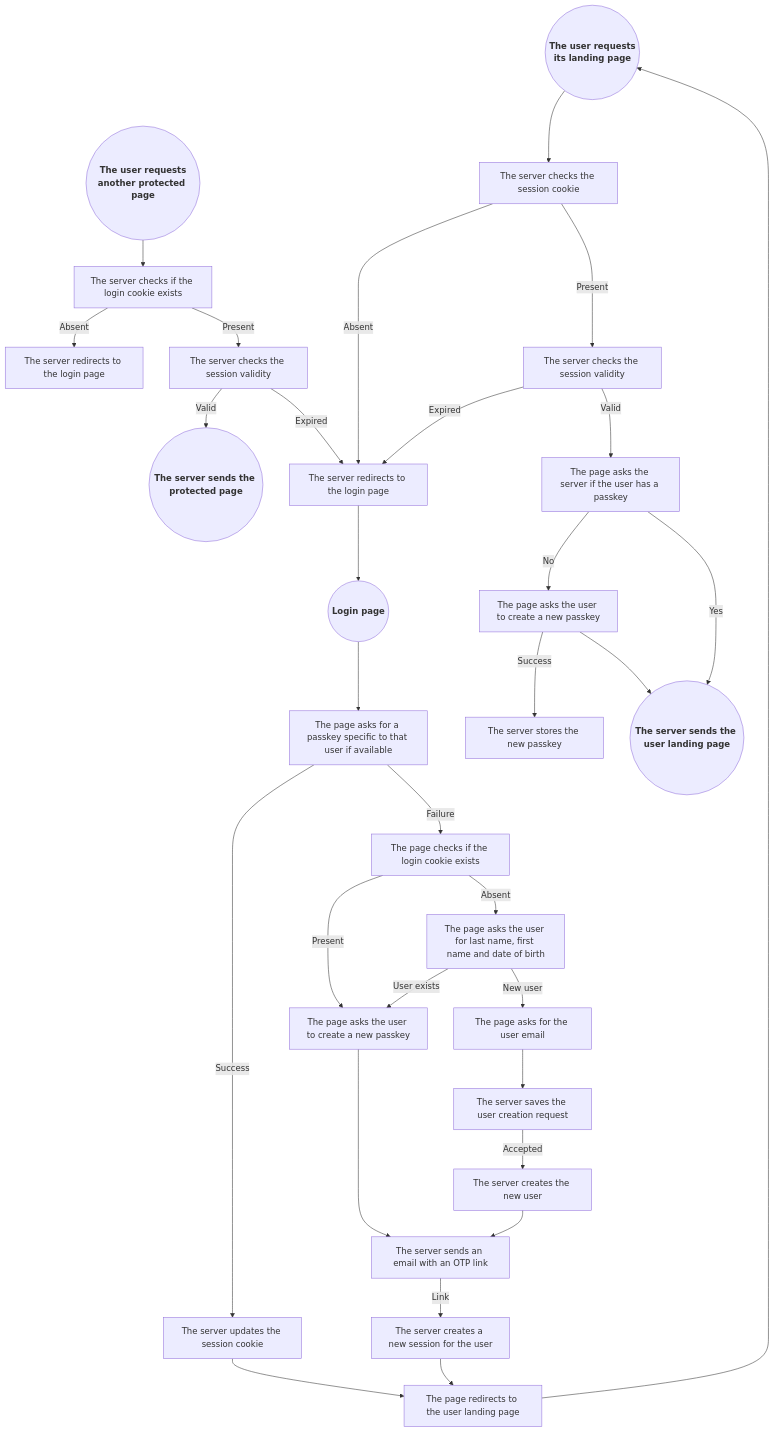
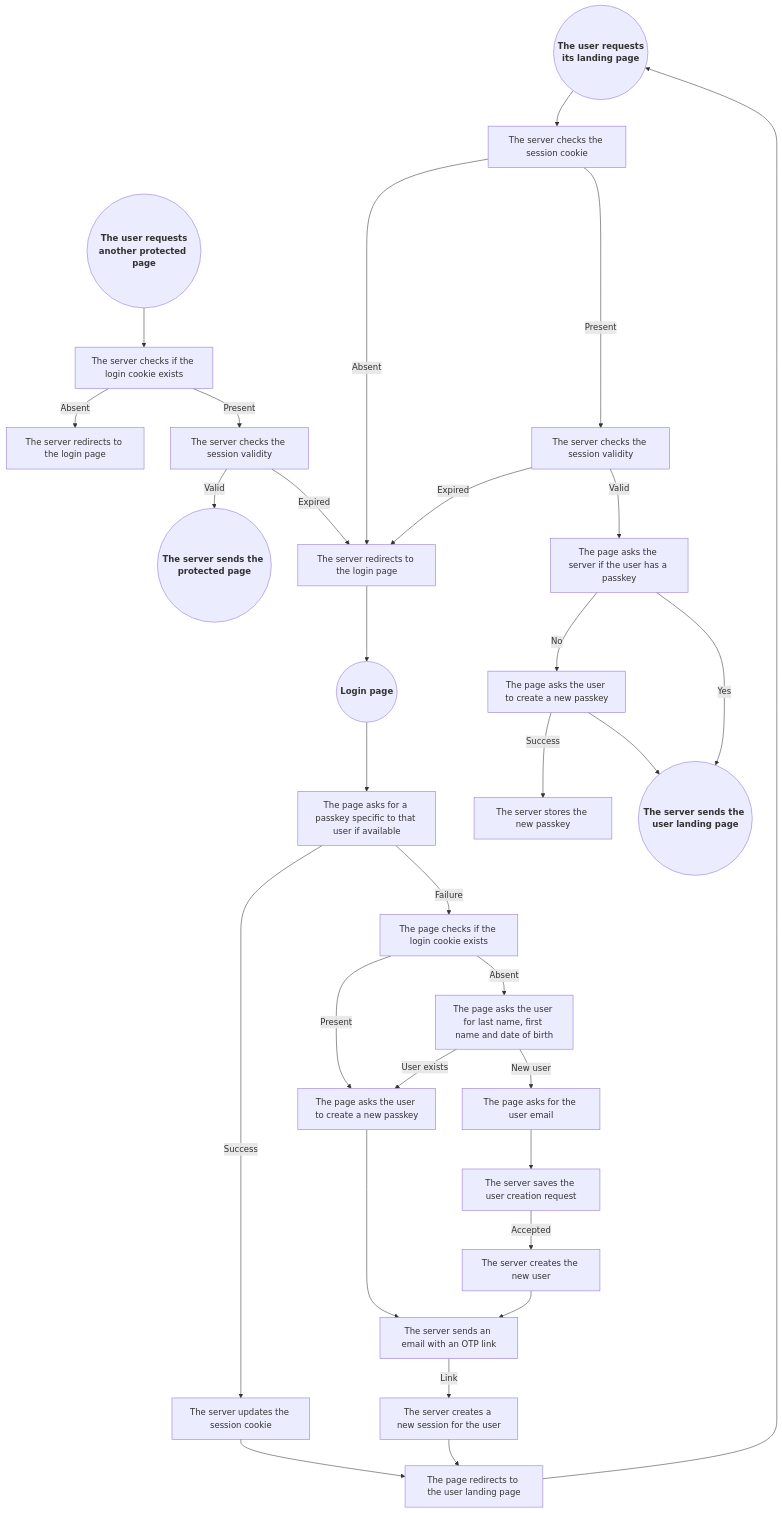
One commit to programingjd/tiered_server changed the diagram in README.md. Above: the diagram before and after it, drawn with Mermaid.

````diff
--- a/README.md
+++ b/README.md
@@ -123,40 +123,40 @@
 ```mermaid
 graph TD;
   UserLandingPageRequest(("<b>The user requests<br>its landing page</b>"))
   ProtectedPageRequest(("<b>The user requests<br>another protected page</b>"))
   LoginPageRequest(("<b>Login page</b>"))
   
   ProtectedPageRequest-->QueryCookie1[The server checks if the login cookie exists]
   QueryCookie1-->|Absent|LoginPageRedirect1[The server redirects to the login page]
   QueryCookie1-->|Present|CheckSessionValidity1[The server checks the session validity]
   CheckSessionValidity1-->|Valid|ProtectedPageResponse(("<b>The server sends the protected page<b>"))
   CheckSessionValidity1-->|Expired|LoginPageRedirect
 
   UserLandingPageRequest-->QueryCookie2[The server checks the session cookie]
   QueryCookie2-->|Absent|LoginPageRedirect[The server redirects to the login page]
-  QueryCookie2--->|Present|CheckSessionValidity2[The server checks the session validity]
+  QueryCookie2---->|Present|CheckSessionValidity2[The server checks the session validity]
   CheckSessionValidity2-->|Expired|LoginPageRedirect
   CheckSessionValidity2-->|Valid|QueryExistingPasskey2[The page asks the server if the user has a passkey]
   QueryExistingPasskey2-->|No|NewPasskeyPrompt2[The page asks the user to create a new passkey]
   QueryExistingPasskey2-->|Yes|UserLandingPageResponse(("<b>The server sends the user landing page<b>"))
   NewPasskeyPrompt2-->|Success|NewPasskeyStore2[The server stores the new passkey]
   NewPasskeyPrompt2-->UserLandingPageResponse
 
   LoginPageRequest-->QueryPasskey[The page asks for a passkey specific to that user if available]
   QueryPasskey-->|Success|SessionCookieUpdate[The server updates the session cookie]
   SessionCookieUpdate-->UserLandingPageRedirect[The page redirects to the user landing page]
   QueryPasskey-->|Failure|QueryCookie3[The page checks if the login cookie exists]
   QueryCookie3-->|Present|NewPasskeyPrompt3[The page asks the user to create a new passkey]
   QueryCookie3-->|Absent|UserForm[The page asks the user for last name, first name and date of birth]
   UserForm-->|User exists|NewPasskeyPrompt3
   NewPasskeyPrompt3-->EmailOTP[The server sends an email with an OTP link]
   EmailOTP-->|Link|NewSession[The server creates a new session for the user]
   NewSession-->UserLandingPageRedirect
   UserForm-->|New user|NewUser[The page asks for the user email]
   NewUser-->UserModeration[The server saves the user creation request]
   UserModeration-->|Accepted|UserCreation[The server creates the new user]
   UserCreation-->EmailOTP
   
   UserLandingPageRedirect-->UserLandingPageRequest
   LoginPageRedirect-->LoginPageRequest
 ```
````
